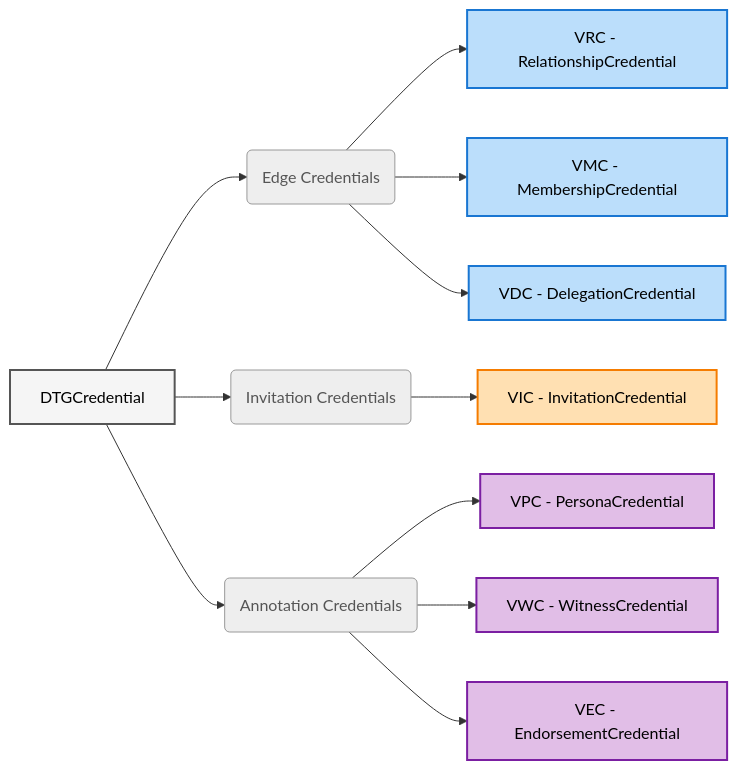
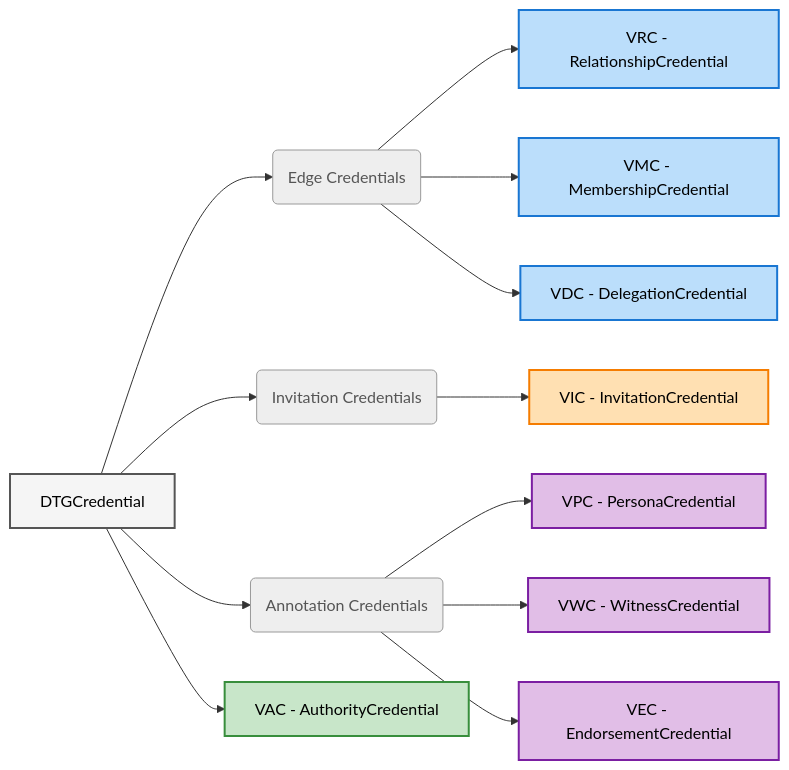
Before and after one commit to stormer78/dtgwg-cred-spec: the diagram in spec/body.md, drawn with Mermaid. The commit also changed other lines of this file and 6 other files, not shown here.

First line of the commit message:
feat: add the VAC (verifiable authority credential) (#29)

````diff
--- a/spec/body.md
+++ b/spec/body.md
@@ -7,28 +7,32 @@
 ```mermaid
 graph LR
     DTG[DTGCredential]
 
     DTG --> EC(Edge Credentials)
     DTG --> IC(Invitation Credentials)
     DTG --> AC(Annotation Credentials)
 
     EC --> VRC["VRC - RelationshipCredential"]
     EC --> VMC["VMC - MembershipCredential"]
     EC --> VDC["VDC - DelegationCredential"]
     IC --> VIC["VIC - InvitationCredential"]
     AC --> VPC["VPC - PersonaCredential"]
     AC --> VWC["VWC - WitnessCredential"]
     AC --> VEC["VEC - EndorsementCredential"]
+    DTG --> VAC["VAC - AuthorityCredential"]
 
     classDef parent fill:#f5f5f5,stroke:#555,stroke-width:2px,color:#000
     classDef cat fill:#eeeeee,stroke:#999,stroke-width:1px,color:#555
     classDef edge fill:#bbdefb,stroke:#1976d2,stroke-width:2px,color:#000
     classDef inv fill:#ffe0b2,stroke:#f57c00,stroke-width:2px,color:#000
     classDef ann fill:#e1bee7,stroke:#7b1fa2,stroke-width:2px,color:#000
 
+    classDef auth fill:#c8e6c9,stroke:#388e3c,stroke-width:2px,color:#000
+
     class DTG parent
     class EC,IC,AC cat
     class VMC,VRC,VDC edge
     class VIC inv
     class VPC,VEC,VWC ann
+    class VAC auth
 ```
````
